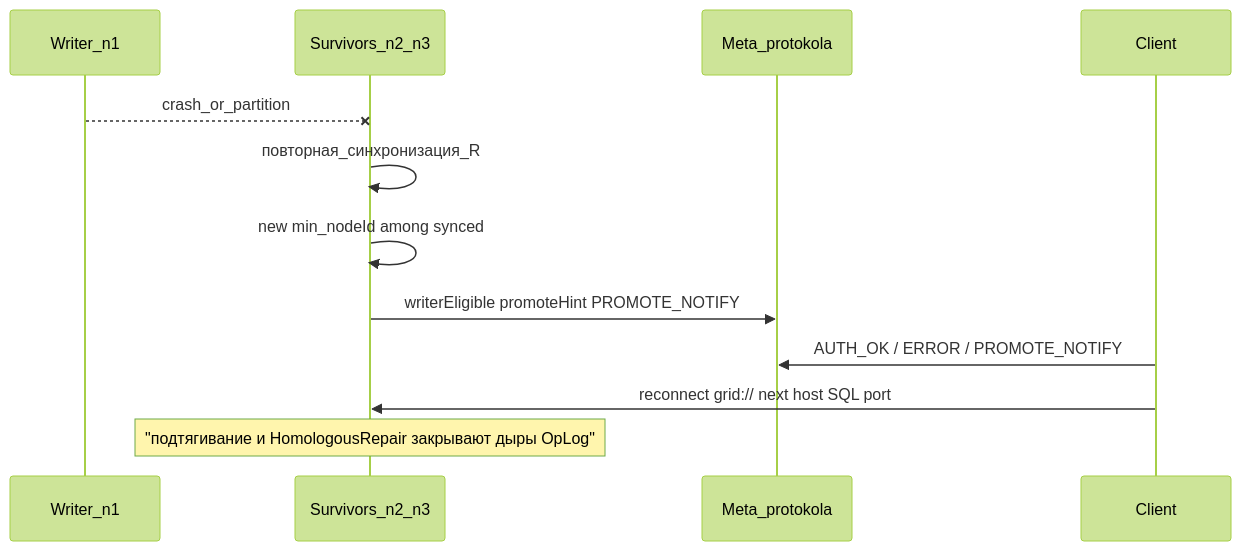
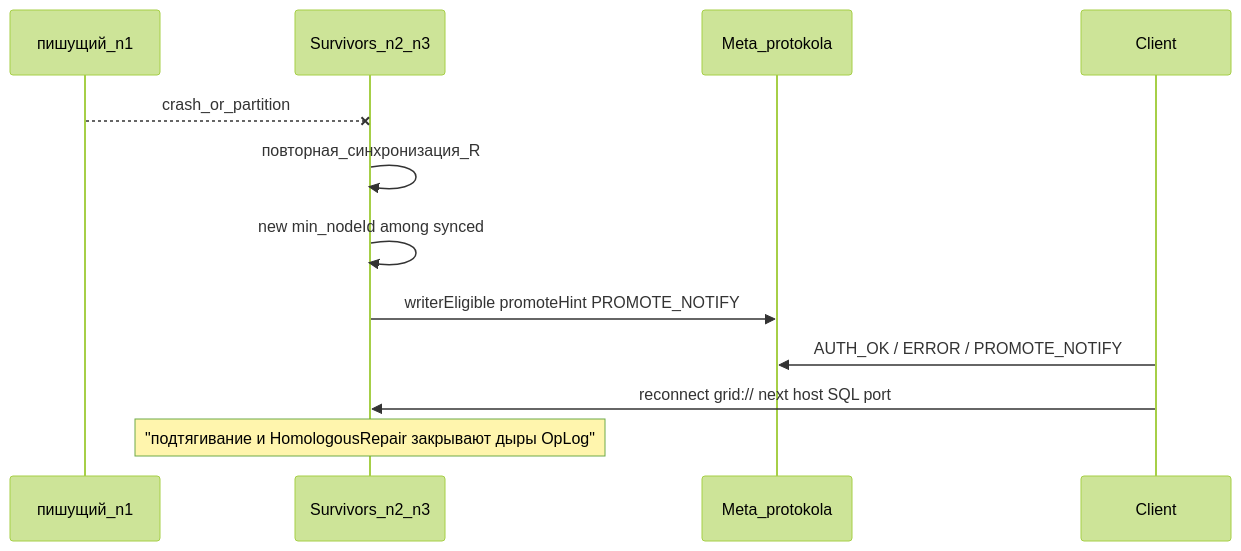
Before and after one commit to GenCloud/grid-sql: the third of 3 diagrams in docs/ru/configure-and-operate/operations/cluster-ha-highload.md, drawn with Mermaid (forest theme). The commit also changed other lines of this file and 133 other files, not shown here.

````diff
--- a/docs/ru/configure-and-operate/operations/cluster-ha-highload.md
+++ b/docs/ru/configure-and-operate/operations/cluster-ha-highload.md
@@ -76,14 +76,14 @@
 ```mermaid
 sequenceDiagram
-  participant P as Writer_n1
+  participant P as пишущий_n1
   participant S as Survivors_n2_n3
   participant W as Meta_protokola
   participant Cl as Client
   P--xS: crash_or_partition
   S->>S: повторная_синхронизация_R
   S->>S: new min_nodeId among synced
   S->>W: writerEligible promoteHint PROMOTE_NOTIFY
   Cl->>W: AUTH_OK / ERROR / PROMOTE_NOTIFY
   Cl->>S: reconnect grid:// next host SQL port
   Note over S: "подтягивание и HomologousRepair закрывают дыры OpLog"
 ```
````
